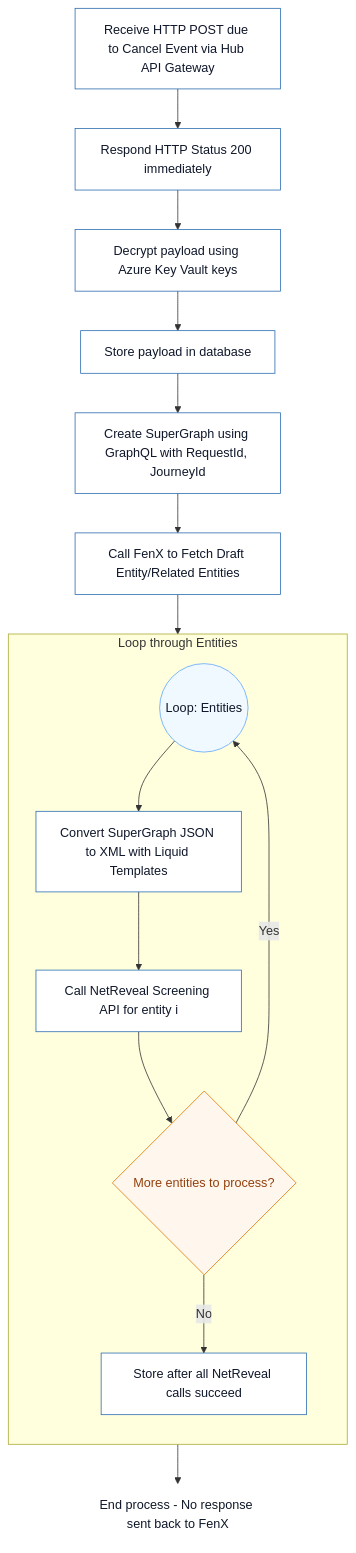
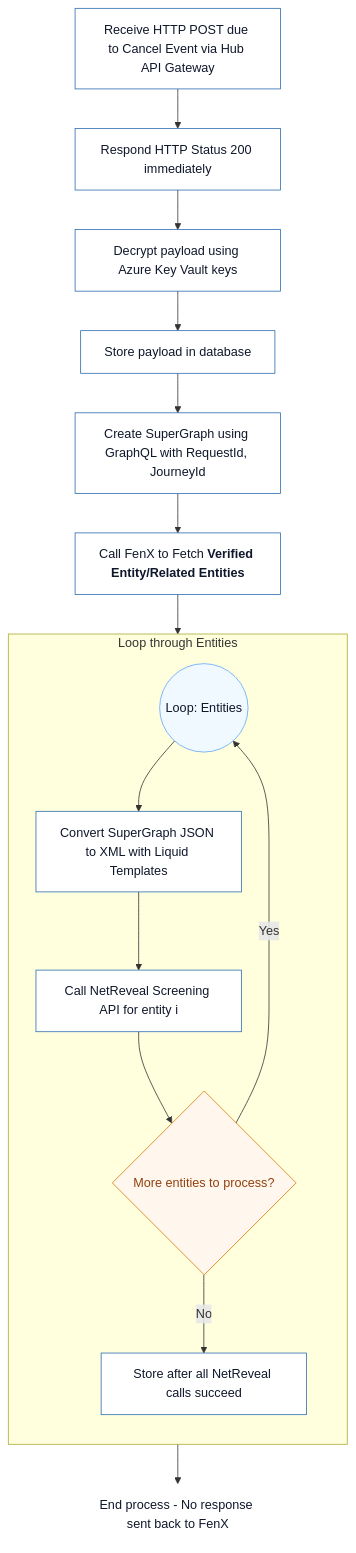
Before and after one commit to jojokoshy/Architecture_Diagrams_Python_AI: the diagram in Arch_Diagrams/v2/cancelflow.mmd, drawn with Mermaid. The commit also changed 1 other file, not shown here.

Commit message:
Refactor CancelFlow and ScreeningFlow diagrams for improved clarity and structure, including updated entity fetching and decision logic

```diff
--- a/Arch_Diagrams/v2/cancelflow.mmd
+++ b/Arch_Diagrams/v2/cancelflow.mmd
@@ -1,26 +1,26 @@
 %%{init: {"theme":"default","themeVariables": {"background":"#ffffff","fontSize":"14"}}}%%
 flowchart TB
 
 %% Shared styles (matching AlertsFlow)
 classDef step fill:#ffffff,stroke:#2b6cb0,color:#0f172a,stroke-width:1px;
 classDef decision fill:#fff7ed,stroke:#d97706,color:#92400e,stroke-width:1px;
 classDef loop fill:#f0f9ff,stroke:#60a5fa,color:#0f172a,stroke-width:1px;
 classDef footer fill:#ffffff,stroke:none,color:#0f172a;
 
 A[Receive HTTP POST due to Cancel Event via Hub API Gateway]:::step --> B[Respond HTTP Status 200 immediately]:::step
 B --> C[Decrypt payload using Azure Key Vault keys]:::step
 C --> D[Store payload in database]:::step
 D --> E[Create SuperGraph using GraphQL with RequestId, JourneyId]:::step
-E --> FenX[Call FenX to Fetch Draft Entity/Related Entities]:::step
+E --> FenX[Call FenX to Fetch <b>Verified Entity/Related Entities</b> ]:::step
 FenX --> LoopStart((Loop: Entities)):::loop
 
 subgraph EntitiesLoop [Loop through Entities]
   direction TB
   LoopStart --> XMLConvert[Convert SuperGraph JSON to XML with Liquid Templates]:::step
   XMLConvert --> N[Call NetReveal Screening API for entity i]:::step
   N --> Q{More entities to process?}:::decision
   Q -- Yes --> LoopStart
   Q -- No --> O[Store after all NetReveal calls succeed]:::step
 end
 
 O --> P[End process - No response sent back to FenX]:::footer
```
